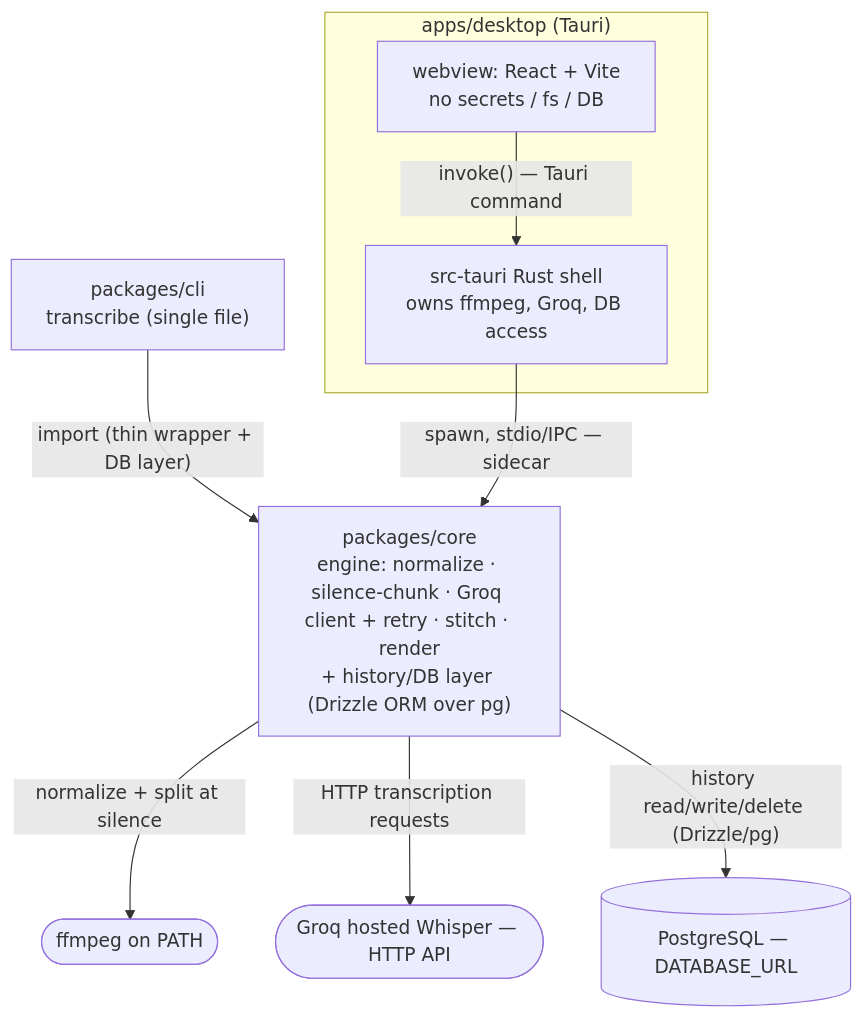
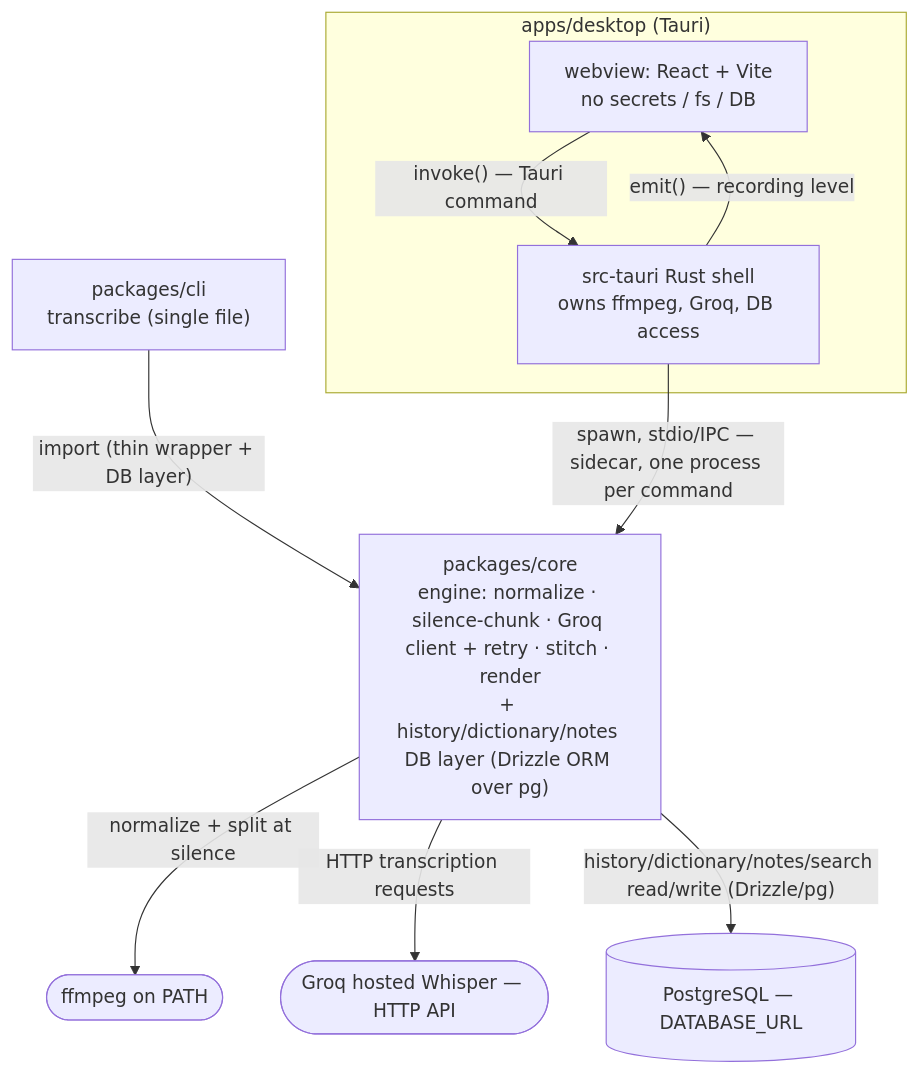
Before and after one commit to terasaki-8910/voice-transcript: the diagram in README.en.md, drawn with Mermaid. The commit also changed other lines of this file and 1 other file, not shown here.

First line of the commit message:
docs: regenerate READMEs from SPEC.md (notes, search, recording, auto-trash, connection test)

````diff
--- a/README.en.md
+++ b/README.en.md
@@ -213,19 +280,20 @@
 ```mermaid
 flowchart TD
     cli["packages/cli<br/>transcribe (single file)"]
     subgraph desktop["apps/desktop (Tauri)"]
         webview["webview: React + Vite<br/>no secrets / fs / DB"]
         rust["src-tauri Rust shell<br/>owns ffmpeg, Groq, DB access"]
         webview -->|"invoke() — Tauri command"| rust
+        rust -->|"emit() — recording level"| webview
     end
-    core["packages/core<br/>engine: normalize · silence-chunk · Groq client + retry · stitch · render<br/>+ history/DB layer (Drizzle ORM over pg)"]
+    core["packages/core<br/>engine: normalize · silence-chunk · Groq client + retry · stitch · render<br/>+ history/dictionary/notes DB layer (Drizzle ORM over pg)"]
     ffmpeg(["ffmpeg on PATH"])
     groq(["Groq hosted Whisper — HTTP API"])
     db[("PostgreSQL — DATABASE_URL")]
 
     cli -->|"import (thin wrapper + DB layer)"| core
-    rust -->|"spawn, stdio/IPC — sidecar"| core
+    rust -->|"spawn, stdio/IPC — sidecar, one process per command"| core
     core -->|"normalize + split at silence"| ffmpeg
     core -->|"HTTP transcription requests"| groq
-    core -->|"history read/write/delete (Drizzle/pg)"| db
+    core -->|"history/dictionary/notes/search read/write (Drizzle/pg)"| db
 ```
````
